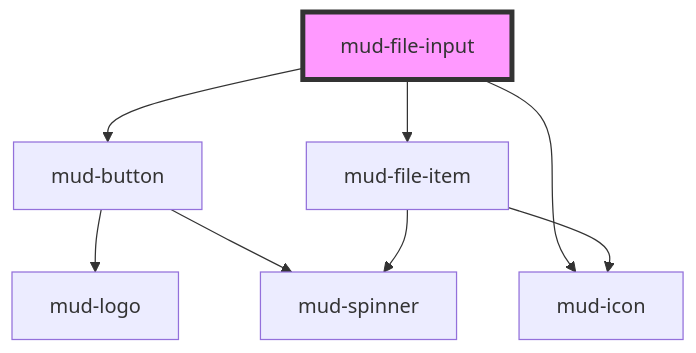
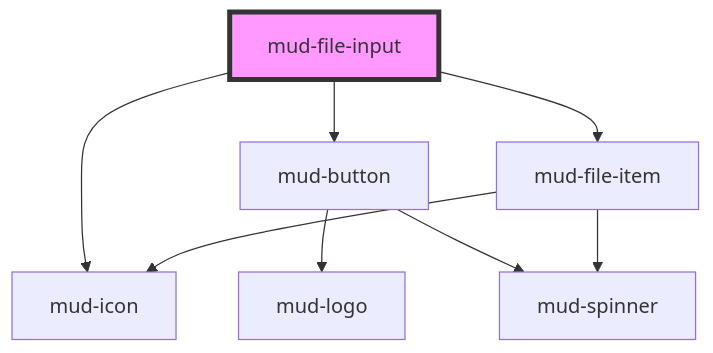
One commit to egov-moldova/design-system changed the diagram in src/components/mud-file-input/readme.md. Above: the diagram before and after it, drawn with Mermaid. The commit also changed other lines of this file and 3 other files, not shown here.

First line of the commit message:
fix(file-input): draw the mandatory mark as the Figma asterisk icon

````diff
--- a/src/components/mud-file-input/readme.md
+++ b/src/components/mud-file-input/readme.md
@@ -104,11 +104,11 @@
 ```mermaid
 graph TD;
+  mud-file-input --> mud-icon
   mud-file-input --> mud-button
-  mud-file-input --> mud-icon
   mud-file-input --> mud-file-item
   mud-button --> mud-logo
   mud-button --> mud-spinner
   mud-file-item --> mud-icon
   mud-file-item --> mud-spinner
   style mud-file-input fill:#f9f,stroke:#333,stroke-width:4px
 ```
````
